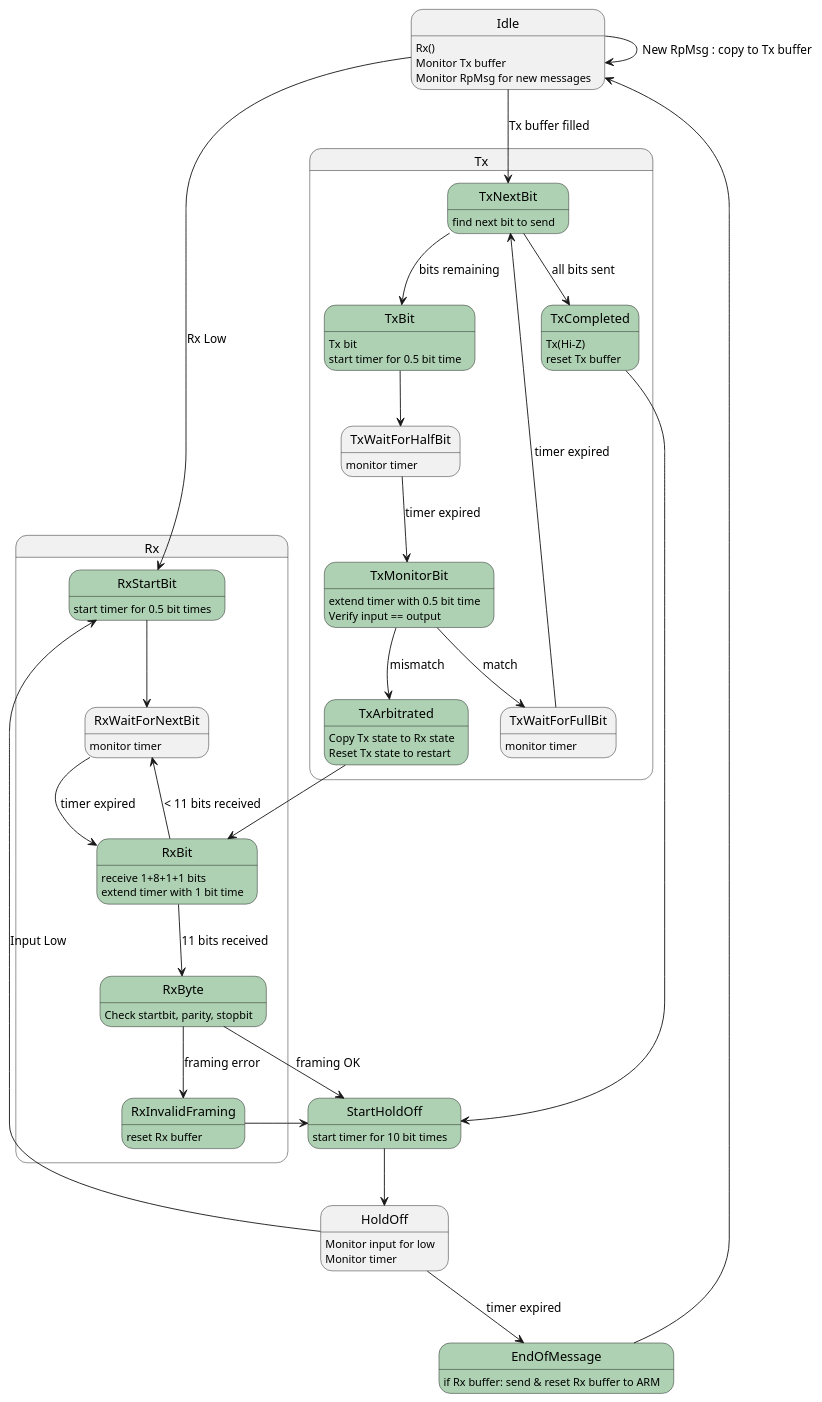
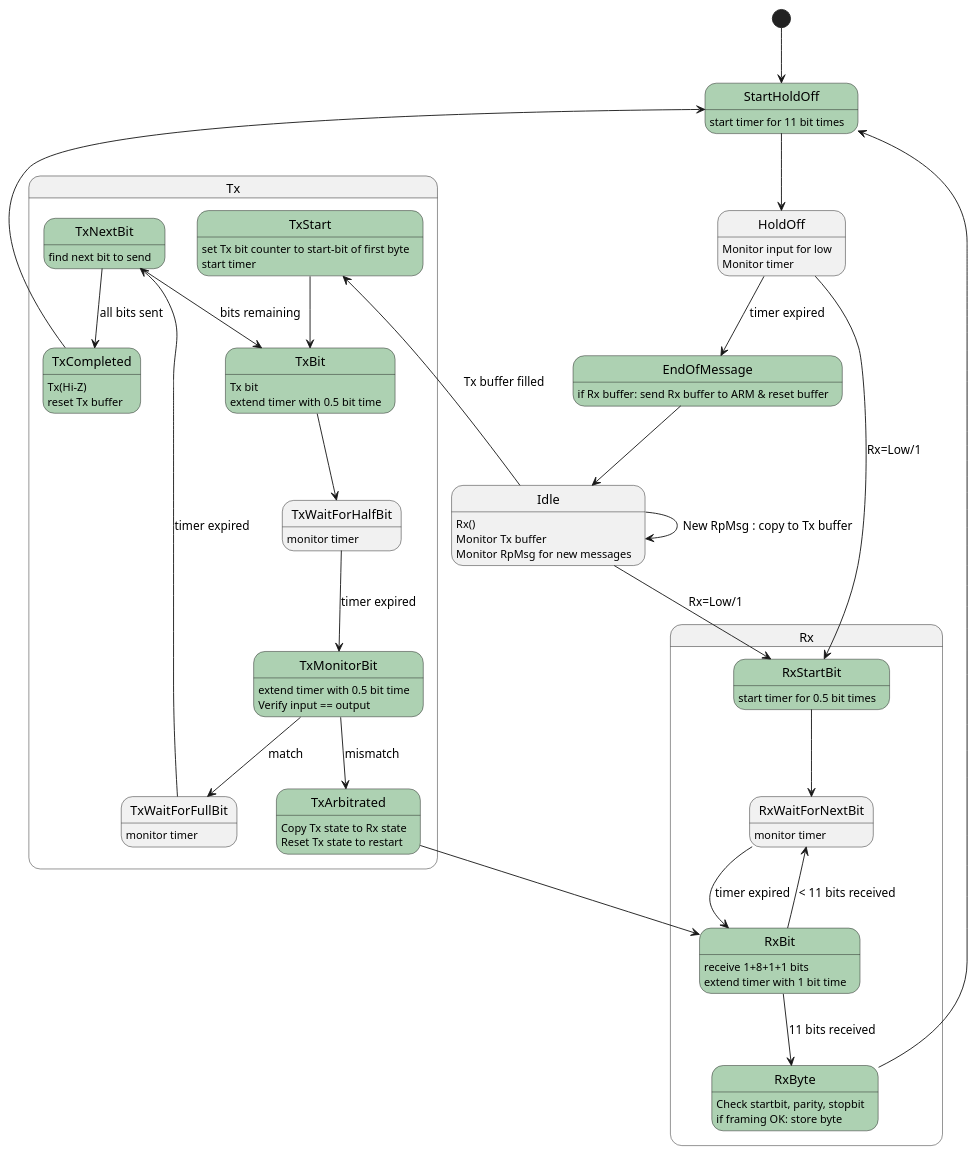
One commit to niobos/beaglebone-experiments changed the diagram in elco/doc/state.plantuml. Above: the diagram before and after it, drawn with PlantUML. The commit also changed 9 other files, not shown here.

```diff
--- a/elco/doc/state.plantuml
+++ b/elco/doc/state.plantuml
@@ -1,90 +1,93 @@
 @startuml
 
 skinparam stateBackgroundColor<<Once>> #ADD1B2
 
+state HoldOff
 state Idle
 state StartHoldOff
-state HoldOff
 
 state Rx {
 	state RxStartBit <<Once>>
 	RxStartBit : start timer for 0.5 bit times
 	RxStartBit --> RxWaitForNextBit
 
 	RxWaitForNextBit : monitor timer
 	RxWaitForNextBit --> RxBit : timer expired
 
 	state RxBit <<Once>>
 	RxBit : receive 1+8+1+1 bits
 	RxBit : extend timer with 1 bit time
 	RxBit --> RxByte : 11 bits received
 	RxBit --> RxWaitForNextBit : < 11 bits received
 
 	state RxByte <<Once>>
 	RxByte : Check startbit, parity, stopbit
-	RxByte --> RxInvalidFraming : framing error
-	RxByte --> StartHoldOff : framing OK
-
-	state RxInvalidFraming <<Once>>
-	RxInvalidFraming : reset Rx buffer
-	RxInvalidFraming --> StartHoldOff
+	RxByte : if framing OK: store byte
+	RxByte --> StartHoldOff
 }
 
 state Tx {
+    state TxStart <<Once>>
+    TxStart : set Tx bit counter to start-bit of first byte
+    TxStart : start timer
+    TxStart --> TxBit
+
 	state TxNextBit <<Once>>
 	TxNextBit : find next bit to send
 	TxNextBit --> TxBit : bits remaining
 	TxNextBit --> TxCompleted : all bits sent
 
 	state TxBit <<Once>>
 	TxBit : Tx bit
-	TxBit : start timer for 0.5 bit time
+	TxBit : extend timer with 0.5 bit time
 	TxBit --> TxWaitForHalfBit
 
 	TxWaitForHalfBit : monitor timer
 	TxWaitForHalfBit --> TxMonitorBit : timer expired
 
 	state TxMonitorBit <<Once>>
 	TxMonitorBit : extend timer with 0.5 bit time
 	TxMonitorBit : Verify input == output
 	TxMonitorBit --> TxWaitForFullBit : match
 	TxMonitorBit --> TxArbitrated : mismatch
 
 	TxWaitForFullBit : monitor timer
 	TxWaitForFullBit -u-> TxNextBit : timer expired
 
 	state TxCompleted <<Once>>
 	TxCompleted : Tx(Hi-Z)
 	TxCompleted : reset Tx buffer
-	TxCompleted --> StartHoldOff
+	TxCompleted -u-> StartHoldOff
 
 	state TxArbitrated <<Once>>
 	TxArbitrated: Copy Tx state to Rx state
 	TxArbitrated: Reset Tx state to restart
 	TxArbitrated --> RxBit
 }
 
-' Idle needs to be defined after the Rx/Tx composite state,
-' otherwise the StartBitReceived gets rendered outside of the composite state
+' HoldOff/Idle needs to be defined after the Rx/Tx composite state,
+' otherwise the RxStartBit gets rendered outside of the composite state
+
+[*] --> StartHoldOff
+
+state StartHoldOff <<Once>>
+StartHoldOff : start timer for 11 bit times
+StartHoldOff --> HoldOff
+
+HoldOff : Monitor input for low
+HoldOff --> RxStartBit : Rx=Low/1
+HoldOff : Monitor timer
+HoldOff --> EndOfMessage : timer expired
 
 Idle : Rx()
-Idle --> RxStartBit : Rx Low
+Idle --> RxStartBit : Rx=Low/1
 Idle : Monitor Tx buffer
-Idle --> TxNextBit : Tx buffer filled
+Idle --> TxStart : Tx buffer filled
 Idle : Monitor RpMsg for new messages
 Idle --> Idle : New RpMsg : copy to Tx buffer
 
-state StartHoldOff <<Once>>
-StartHoldOff : start timer for 10 bit times
-StartHoldOff --> HoldOff
-
-HoldOff : Monitor input for low
-HoldOff --> RxStartBit : Input Low
-HoldOff : Monitor timer
-HoldOff --> EndOfMessage : timer expired
-
 state EndOfMessage <<Once>>
-EndOfMessage : if Rx buffer: send & reset Rx buffer to ARM
-EndOfMessage -u-> Idle
+EndOfMessage : if Rx buffer: send Rx buffer to ARM & reset buffer
+EndOfMessage --> Idle
 
 @enduml
```
